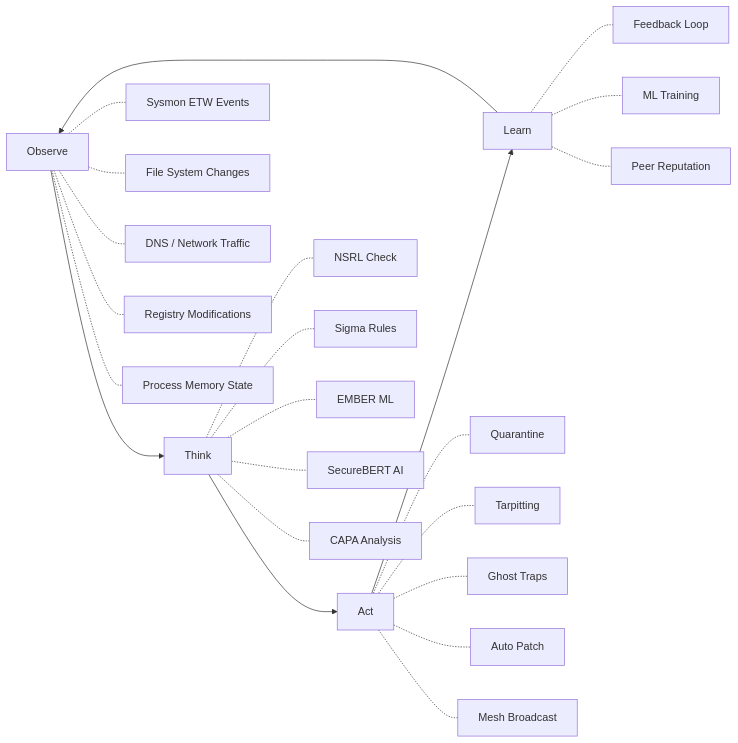
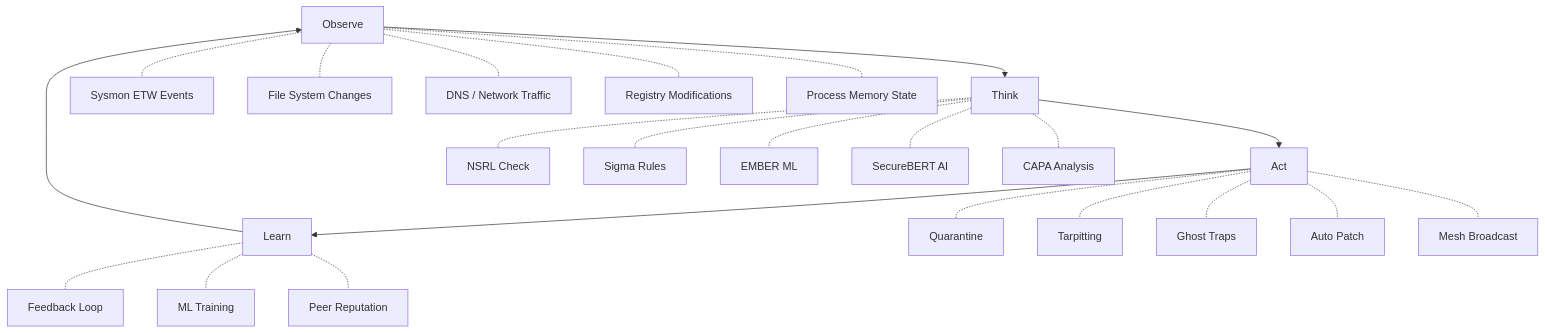
Diagram 17 of 33 in README.md (oyesanyf/OshoosiClaw), drawn with Mermaid before and after one commit. The commit also changed other lines of this file and 40 other files, not shown here.

````diff
--- a/README.md
+++ b/README.md
@@ -1427,29 +1597,29 @@
 ```mermaid
-graph LR
+flowchart TD
     A[Observe] --> B[Think]
     B --> C[Act]
     C --> D[Learn]
     D --> A
     
     A -.- A1[Sysmon ETW Events]
     A -.- A2[File System Changes]
     A -.- A3[DNS / Network Traffic]
     A -.- A4[Registry Modifications]
     A -.- A5[Process Memory State]
     
     B -.- B1[NSRL Check]
     B -.- B2[Sigma Rules]
     B -.- B3[EMBER ML]
     B -.- B4[SecureBERT AI]
     B -.- B5[CAPA Analysis]
     
     C -.- C1[Quarantine]
     C -.- C2[Tarpitting]
     C -.- C3[Ghost Traps]
     C -.- C4[Auto Patch]
     C -.- C5[Mesh Broadcast]
     
     D -.- D1[Feedback Loop]
     D -.- D2[ML Training]
     D -.- D3[Peer Reputation]
 ```
````
